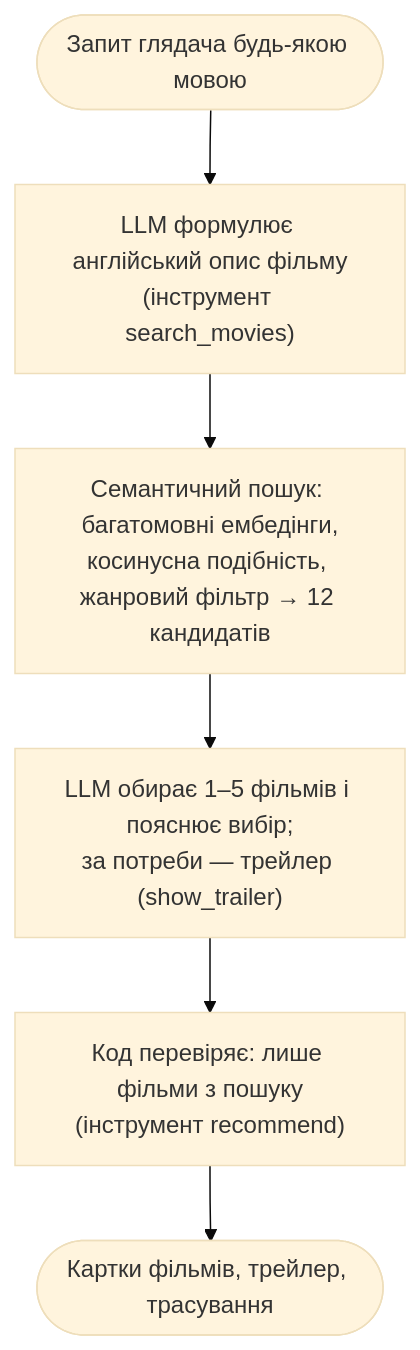
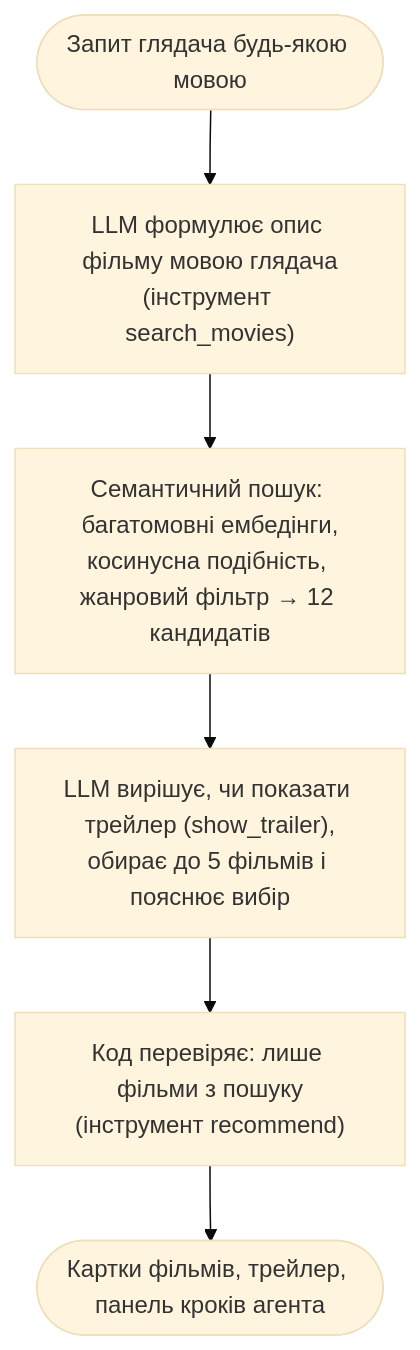
The diagram in README.md (woldemarg/movie_rs), drawn with Mermaid (base theme) before and after one commit. The commit also changed other lines of this file and 15 other files, not shown here.

````diff
--- a/README.md
+++ b/README.md
@@ -22,11 +23,11 @@
 ```mermaid
 flowchart TB
     q(["Запит глядача будь-якою мовою"])
-    llm1["LLM формулює англійський опис фільму<br/>(інструмент search_movies)"]
+    llm1["LLM формулює опис фільму мовою глядача<br/>(інструмент search_movies)"]
     search["Семантичний пошук: багатомовні ембедінги,<br/>косинусна подібність, жанровий фільтр → 12 кандидатів"]
-    llm2["LLM обирає 1–5 фільмів і пояснює вибір;<br/>за потреби — трейлер (show_trailer)"]
+    llm2["LLM вирішує, чи показати трейлер (show_trailer),<br/>обирає до 5 фільмів і пояснює вибір"]
     check["Код перевіряє: лише фільми з пошуку<br/>(інструмент recommend)"]
-    ui(["Картки фільмів, трейлер, трасування"])
+    ui(["Картки фільмів, трейлер, панель кроків агента"])
 
     q --> llm1 --> search --> llm2 --> check --> ui
 ```
````
